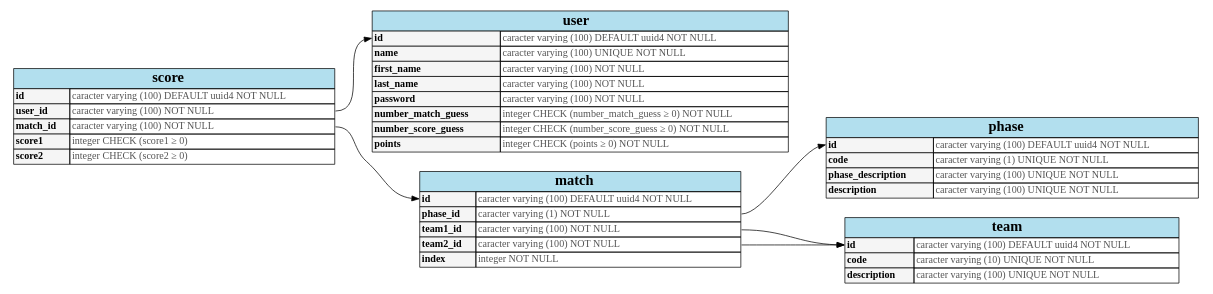
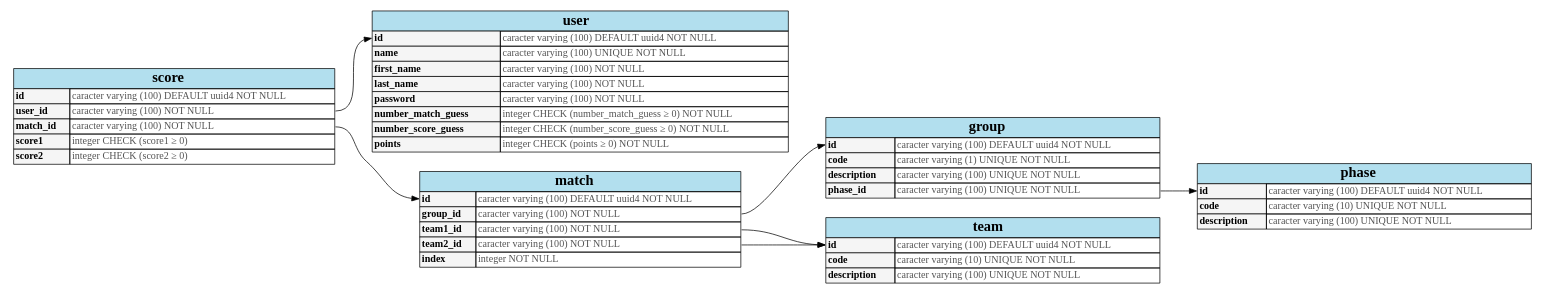
The diagram in doc/sql_graph.dot (yak-toto/yak-server), drawn with Graphviz before and after one commit. The commit also changed 6 other files, not shown here.

Commit message:
Add phase table

```diff
--- a/doc/sql_graph.dot
+++ b/doc/sql_graph.dot
@@ -1,77 +1,90 @@
 digraph G {
     graph[rankdir="LR"];
 
     user[
     shape=none
     label=<
       <table border="0" cellspacing="0" cellborder="1">
         <tr><td bgcolor="lightblue2" colspan="2"><font face="Times-bold" point-size="20">user</font></td></tr>
         <tr><td bgcolor="grey96" align="left" port="id_left"><font face="Times-bold">id</font></td><td align="left"><font color="#535353">caracter varying (100) DEFAULT uuid4 NOT NULL</font></td></tr>
         <tr><td bgcolor="grey96" align="left"><font face="Times-bold">name</font></td><td align="left"><font color="#535353">caracter varying (100) UNIQUE NOT NULL</font></td></tr>
         <tr><td bgcolor="grey96" align="left"><font face="Times-bold">first_name</font></td><td align="left"><font color="#535353">caracter varying (100) NOT NULL</font></td></tr>
         <tr><td bgcolor="grey96" align="left"><font face="Times-bold">last_name</font></td><td align="left"><font color="#535353">caracter varying (100) NOT NULL</font></td></tr>
         <tr><td bgcolor="grey96" align="left"><font face="Times-bold">password</font></td><td align="left"><font color="#535353">caracter varying (100) NOT NULL</font></td></tr>
         <tr><td bgcolor="grey96" align="left"><font face="Times-bold">number_match_guess</font></td><td align="left"><font color="#535353">integer CHECK (number_match_guess &ge; 0) NOT NULL</font></td></tr>
         <tr><td bgcolor="grey96" align="left"><font face="Times-bold">number_score_guess</font></td><td align="left"><font color="#535353">integer CHECK (number_score_guess &ge; 0) NOT NULL</font></td></tr>
         <tr><td bgcolor="grey96" align="left"><font face="Times-bold">points</font></td><td align="left"><font color="#535353">integer CHECK (points &ge; 0) NOT NULL</font></td></tr>
       </table>
     >];
 
     match[
     shape=none
     label=<
       <table border="0" cellspacing="0" cellborder="1">
         <tr><td bgcolor="lightblue2" colspan="2"><font face="Times-bold" point-size="20">match</font></td></tr>
         <tr><td bgcolor="grey96" align="left" port="id"><font face="Times-bold">id</font></td><td align="left" port="id_right"><font color="#535353">caracter varying (100) DEFAULT uuid4 NOT NULL</font></td></tr>
-        <tr><td bgcolor="grey96" align="left" port="phase_id"><font face="Times-bold">phase_id</font></td><td align="left" port="phase_id_right"><font color="#535353">caracter varying (1) NOT NULL</font></td></tr>
+        <tr><td bgcolor="grey96" align="left" port="group_id"><font face="Times-bold">group_id</font></td><td align="left" port="group_id_right"><font color="#535353">caracter varying (100) NOT NULL</font></td></tr>
         <tr><td bgcolor="grey96" align="left" port="team1_id"><font face="Times-bold">team1_id</font></td><td align="left" port="team1_id_right"><font color="#535353">caracter varying (100) NOT NULL</font></td></tr>
         <tr><td bgcolor="grey96" align="left" port="team2_id"><font face="Times-bold">team2_id</font></td><td align="left" port="team2_id_right"><font color="#535353">caracter varying (100) NOT NULL</font></td></tr>
         <tr><td bgcolor="grey96" align="left" port="index"><font face="Times-bold">index</font></td><td align="left" port="match_index_right"><font color="#535353">integer NOT NULL</font></td></tr>
       </table>
     >];
 
     score[
     shape=none
     label=<
       <table border="0" cellspacing="0" cellborder="1">
         <tr><td bgcolor="lightblue2" colspan="2"><font face="Times-bold" point-size="20">score</font></td></tr>
         <tr><td bgcolor="grey96" align="left" port="id"><font face="Times-bold">id</font></td><td align="left" port="id_right"><font color="#535353">caracter varying (100) DEFAULT uuid4 NOT NULL</font></td></tr>
         <tr><td bgcolor="grey96" align="left" port="user_id"><font face="Times-bold">user_id</font></td><td align="left" port="user_id_right"><font color="#535353">caracter varying (100) NOT NULL</font></td></tr>
         <tr><td bgcolor="grey96" align="left" port="match_id"><font face="Times-bold">match_id</font></td><td align="left" port="match_id_right"><font color="#535353">caracter varying (100) NOT NULL</font></td></tr>
         <tr><td bgcolor="grey96" align="left" port="score1"><font face="Times-bold">score1</font></td><td align="left" port="score1_right"><font color="#535353">integer CHECK (score1 &ge; 0)</font></td></tr>
         <tr><td bgcolor="grey96" align="left" port="score2"><font face="Times-bold">score2</font></td><td align="left" port="score2_right"><font color="#535353">integer CHECK (score2 &ge; 0)</font></td></tr>
       </table>
     >];
 
     team[
       shape=none
       label=<
         <table border="0" cellspacing="0" cellborder="1">
           <tr><td bgcolor="lightblue2" colspan="2"><font face="Times-bold" point-size="20">team</font></td></tr>
           <tr><td bgcolor="grey96" align="left" port="id"><font face="Times-bold">id</font></td><td align="left" port="id_right"><font color="#535353">caracter varying (100) DEFAULT uuid4 NOT NULL</font></td></tr>
           <tr><td bgcolor="grey96" align="left" port="code_id"><font face="Times-bold">code</font></td><td align="left" port="user_id_right"><font color="#535353">caracter varying (10) UNIQUE NOT NULL</font></td></tr>
           <tr><td bgcolor="grey96" align="left" port="description_id"><font face="Times-bold">description</font></td><td align="left" port="user_id_right"><font color="#535353">caracter varying (100) UNIQUE NOT NULL</font></td></tr>
         </table>
       >
     ];
 
+    group[
+      shape=none
+      label=<
+        <table border="0" cellspacing="0" cellborder="1">
+          <tr><td bgcolor="lightblue2" colspan="2"><font face="Times-bold" point-size="20">group</font></td></tr>
+          <tr><td bgcolor="grey96" align="left" port="id"><font face="Times-bold">id</font></td><td align="left" port="id_right"><font color="#535353">caracter varying (100) DEFAULT uuid4 NOT NULL</font></td></tr>
+          <tr><td bgcolor="grey96" align="left" port="group_id"><font face="Times-bold">code</font></td><td align="left" port="group_id_right"><font color="#535353">caracter varying (1) UNIQUE NOT NULL</font></td></tr>
+          <tr><td bgcolor="grey96" align="left" port="group_id"><font face="Times-bold">description</font></td><td align="left" port="group_id_right"><font color="#535353">caracter varying (100) UNIQUE NOT NULL</font></td></tr>
+          <tr><td bgcolor="grey96" align="left" port="phase_id"><font face="Times-bold">phase_id</font></td><td align="left" port="phase_id_right"><font color="#535353">caracter varying (100) UNIQUE NOT NULL</font></td></tr>
+        </table>
+      >
+    ];
+
     phase[
       shape=none
       label=<
         <table border="0" cellspacing="0" cellborder="1">
           <tr><td bgcolor="lightblue2" colspan="2"><font face="Times-bold" point-size="20">phase</font></td></tr>
           <tr><td bgcolor="grey96" align="left" port="id"><font face="Times-bold">id</font></td><td align="left" port="id_right"><font color="#535353">caracter varying (100) DEFAULT uuid4 NOT NULL</font></td></tr>
-          <tr><td bgcolor="grey96" align="left" port="group_id"><font face="Times-bold">code</font></td><td align="left" port="group_id_right"><font color="#535353">caracter varying (1) UNIQUE NOT NULL</font></td></tr>
-          <tr><td bgcolor="grey96" align="left" port="group_id"><font face="Times-bold">phase_description</font></td><td align="left" port="group_id_right"><font color="#535353">caracter varying (100) UNIQUE NOT NULL</font></td></tr>
+          <tr><td bgcolor="grey96" align="left" port="code"><font face="Times-bold">code</font></td><td align="left" port="group_id_right"><font color="#535353">caracter varying (10) UNIQUE NOT NULL</font></td></tr>
           <tr><td bgcolor="grey96" align="left" port="group_id"><font face="Times-bold">description</font></td><td align="left" port="group_id_right"><font color="#535353">caracter varying (100) UNIQUE NOT NULL</font></td></tr>
         </table>
       >
     ];
 
     "score":user_id_right -> "user":id_left
     "score":match_id_right -> "match":id
     "match":team1_id_right -> "team":id
     "match":team2_id_right -> "team":id
 
-    "match":phase_id_right -> "phase":id
+    "match":group_id_right -> "group":id
+    "group":phase_id_right -> "phase":id
 }
```
